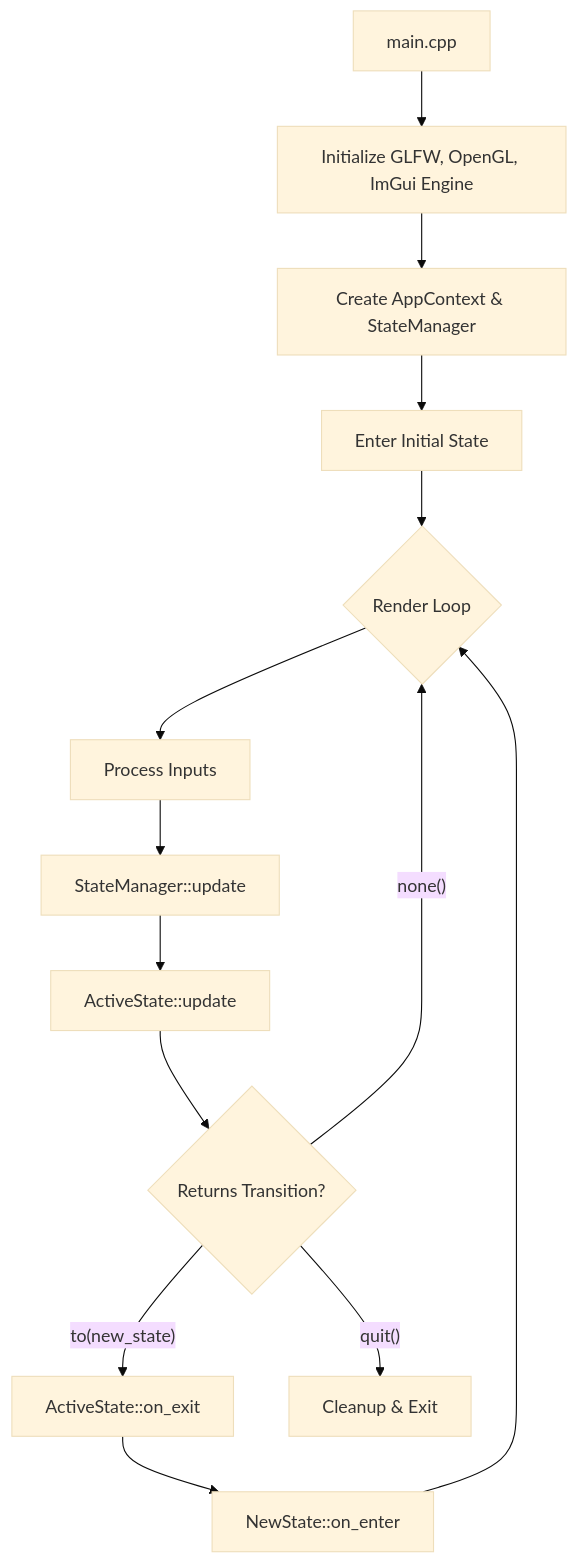
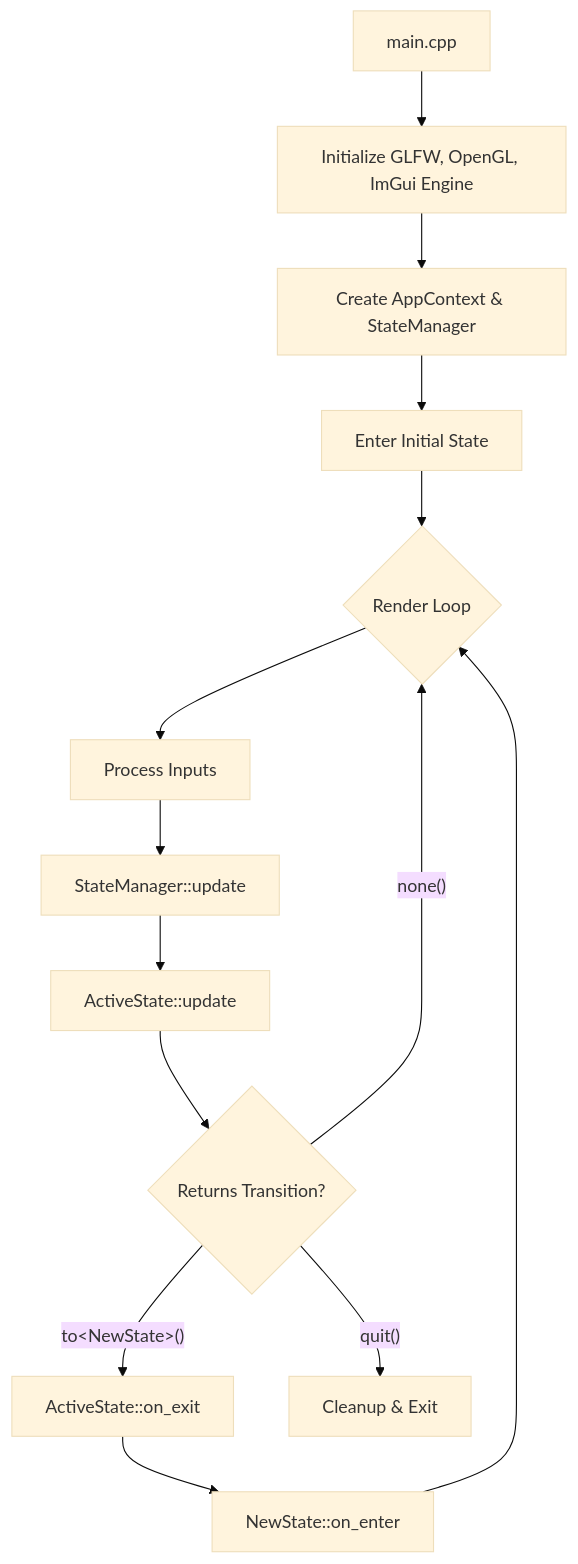
One commit to Esensats/graphics-programming-sandbox changed the first of 2 diagrams in README.md. Above: the diagram before and after it, drawn with Mermaid (base theme). The commit also changed other lines of this file and 8 other files, not shown here.

````diff
--- a/README.md
+++ b/README.md
@@ -43,16 +43,16 @@
 ```mermaid
 graph TD
     A[main.cpp] --> B[Initialize GLFW, OpenGL, ImGui Engine]
     B --> C[Create AppContext & StateManager]
     C --> D[Enter Initial State]
     D --> E{Render Loop}
     E --> F[Process Inputs]
     F --> G[StateManager::update]
     G --> H[ActiveState::update]
     H --> I{Returns Transition?}
     I -- none() --> E
-    I -- to(new_state) --> J[ActiveState::on_exit]
+    I -- to&lt;NewState&gt;() --> J[ActiveState::on_exit]
     J --> K[NewState::on_enter]
     K --> E
     I -- quit() --> L[Cleanup & Exit]
 ```
````
